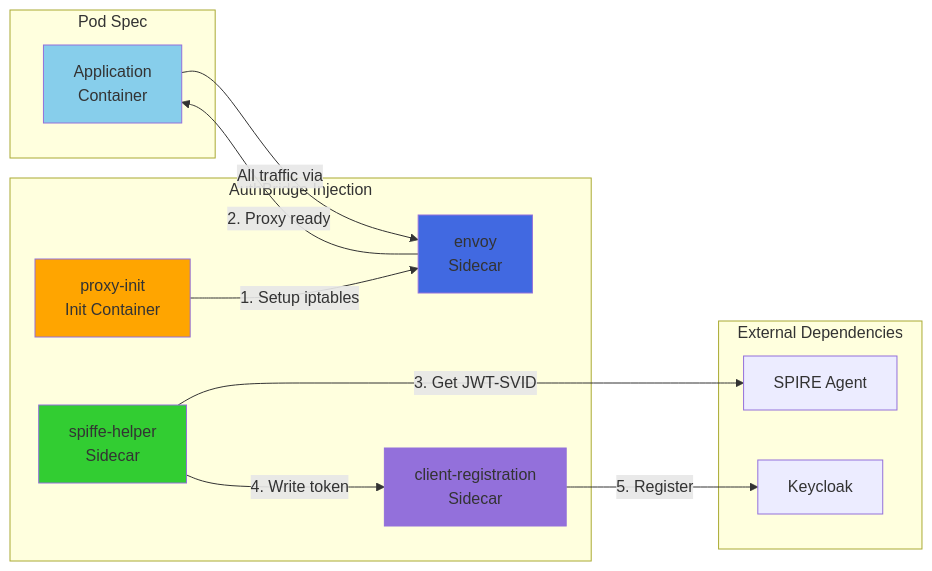
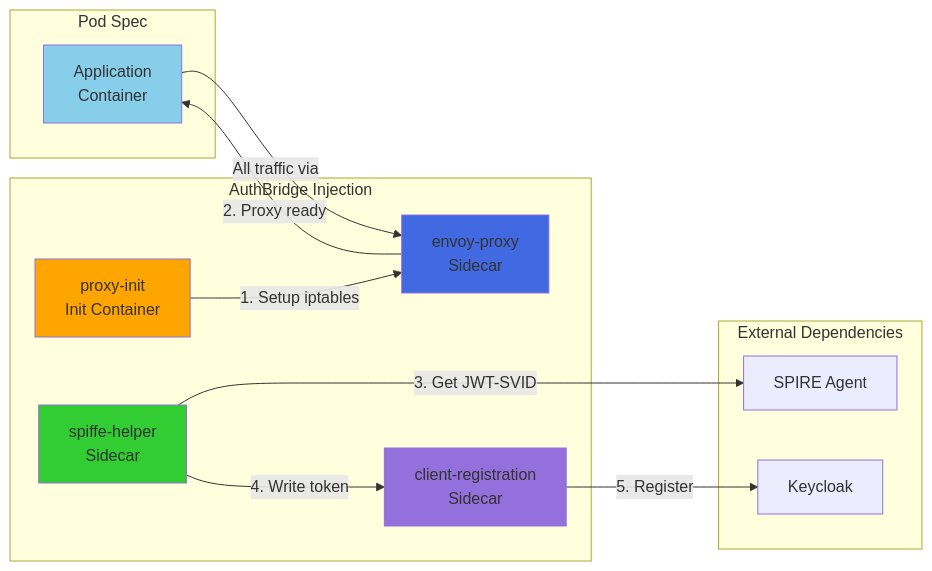
One commit to maia-iyer/kagenti-extensions changed the second of 5 diagrams in kagenti-webhook/ARCHITECTURE.md. Above: the diagram before and after it, drawn with Mermaid. The commit also changed other lines of this file and 1 other file, not shown here.

````diff
--- a/kagenti-webhook/ARCHITECTURE.md
+++ b/kagenti-webhook/ARCHITECTURE.md
@@ -99,31 +99,31 @@
 ```mermaid
 graph LR
     subgraph "Pod Spec"
         APP[Application<br/>Container]
     end
 
     subgraph "AuthBridge Injection"
         INIT[proxy-init<br/>Init Container]
-        ENVOY[envoy<br/>Sidecar]
+        ENVOY[envoy-proxy<br/>Sidecar]
         SPIFFE[spiffe-helper<br/>Sidecar]
         CLIENT[client-registration<br/>Sidecar]
     end
 
     subgraph "External Dependencies"
         SPIRE[SPIRE Agent]
         KC[Keycloak]
     end
 
     INIT -->|1. Setup iptables| ENVOY
     ENVOY -->|2. Proxy ready| APP
     SPIFFE -->|3. Get JWT-SVID| SPIRE
     SPIFFE -->|4. Write token| CLIENT
     CLIENT -->|5. Register| KC
     APP -->|All traffic via| ENVOY
 
     style INIT fill:#FFA500
     style ENVOY fill:#4169E1
     style SPIFFE fill:#32CD32
     style CLIENT fill:#9370DB
     style APP fill:#87CEEB
 ```
````
